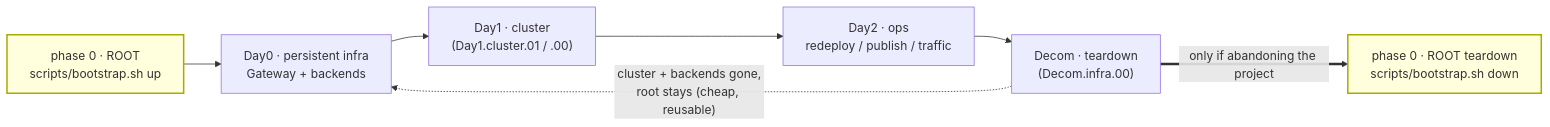
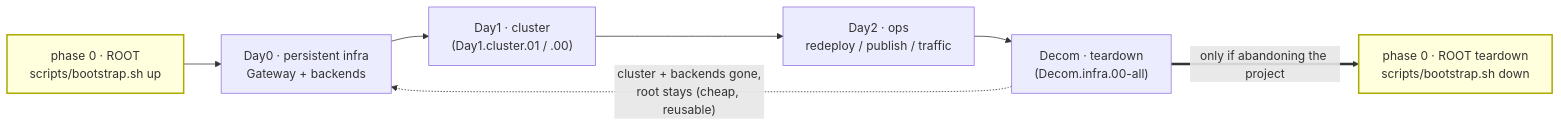
One commit to nubenetes/jenkins-2026 changed the fourth of 9 diagrams in docs/100-BOOTSTRAP.md. Above: the diagram before and after it, drawn with Mermaid. The commit also changed other lines of this file and 10 other files, not shown here.

````diff
--- a/docs/100-BOOTSTRAP.md
+++ b/docs/100-BOOTSTRAP.md
@@ -156,10 +156,10 @@
 ```mermaid
 flowchart LR
     P0["phase 0 · ROOT<br/>scripts/bootstrap.sh up"]:::root --> D0["Day0 · persistent infra<br/>Gateway + backends"]
     D0 --> D1["Day1 · cluster<br/>(Day1.cluster.01 / .00)"]
     D1 --> D2["Day2 · ops<br/>redeploy / publish / traffic"]
-    D2 --> DC["Decom · teardown<br/>(Decom.infra.00)"]
+    D2 --> DC["Decom · teardown<br/>(Decom.infra.00-all)"]
     DC -.->|"cluster + backends gone,<br/>root stays (cheap, reusable)"| D0
     DC ==>|"only if abandoning the project"| P9["phase 0 · ROOT teardown<br/>scripts/bootstrap.sh down"]:::root
     classDef root fill:#ffd,stroke:#aa0,stroke-width:2px;
 ```
````
